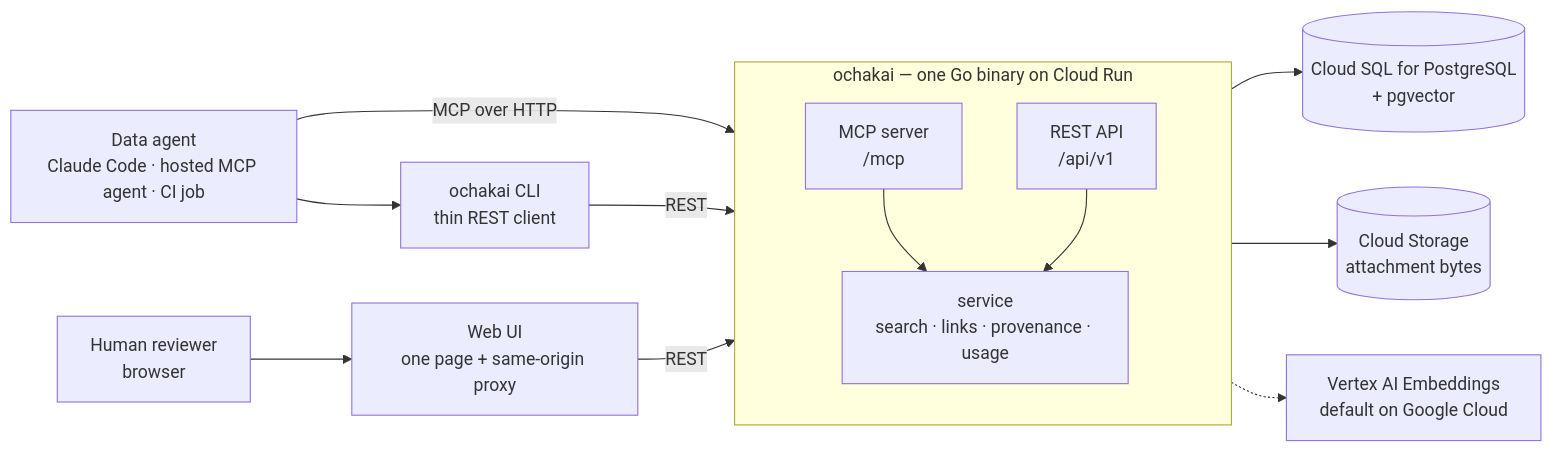
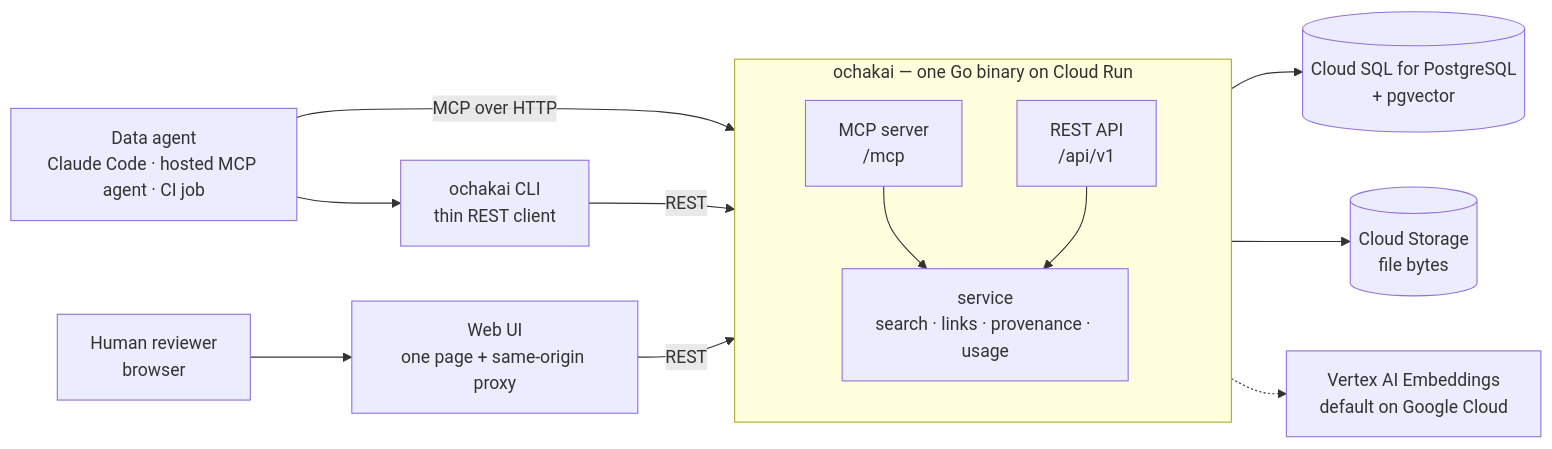
One commit to na0fu3y/ochakai changed the diagram in docs/architecture.md. Above: the diagram before and after it, drawn with Mermaid. The commit also changed other lines of this file and 71 other files, not shown here.

````diff
--- a/docs/architecture.md
+++ b/docs/architecture.md
@@ -49,29 +49,29 @@
 ```mermaid
 flowchart LR
   A["Data agent<br/>Claude Code · hosted MCP agent · CI job"]
   H["Human reviewer<br/>browser"]
   CLI["ochakai CLI<br/>thin REST client"]
   UI["Web UI<br/>one page + same-origin proxy"]
 
   subgraph SRV["ochakai — one Go binary on Cloud Run"]
     direction TB
     M["MCP server<br/>/mcp"]
     R["REST API<br/>/api/v1"]
     SVC["service<br/>search · links · provenance · usage"]
     M --> SVC
     R --> SVC
   end
 
   PG[("Cloud SQL for PostgreSQL<br/>+ pgvector")]
-  GCS[("Cloud Storage<br/>attachment bytes")]
+  GCS[("Cloud Storage<br/>file bytes")]
   VX["Vertex AI Embeddings<br/>default on Google Cloud"]
 
   A -->|MCP over HTTP| M
   A --> CLI
   H --> UI
   CLI -->|REST| R
   UI -->|REST| R
   SVC --> PG
   SVC --> GCS
   SVC -.-> VX
 ```
````
